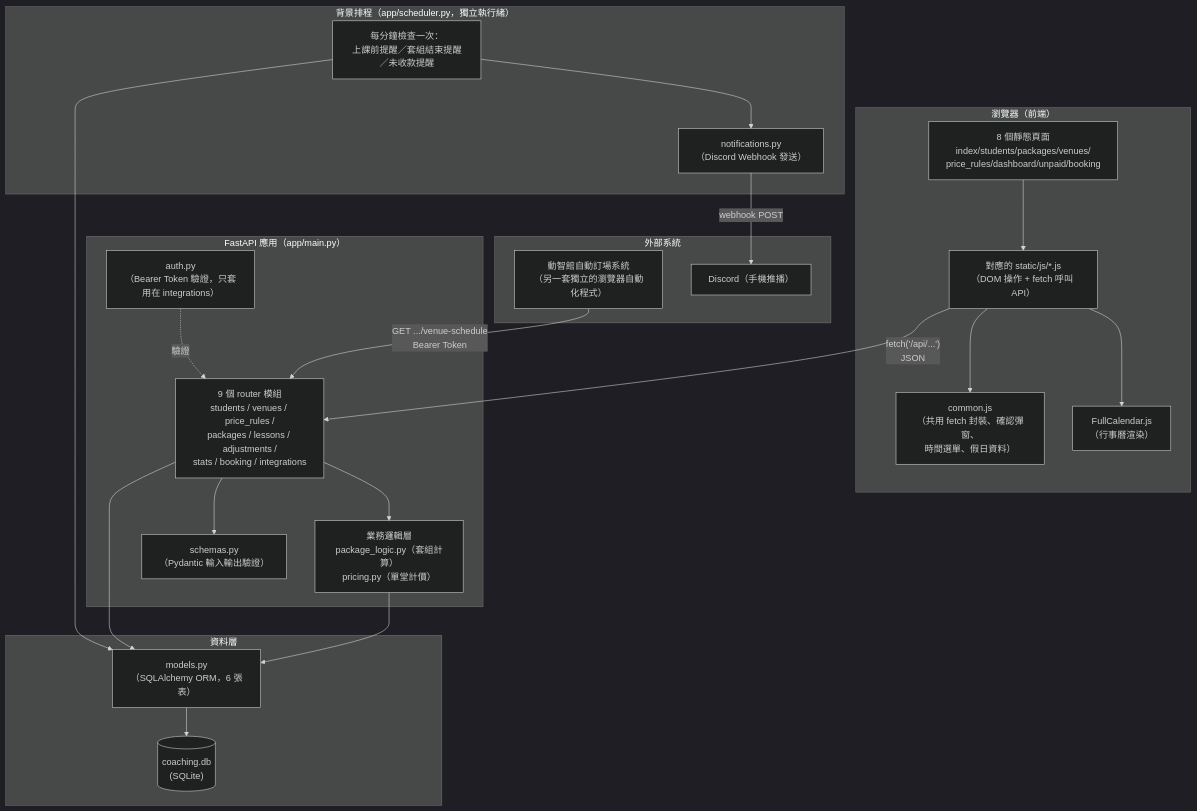
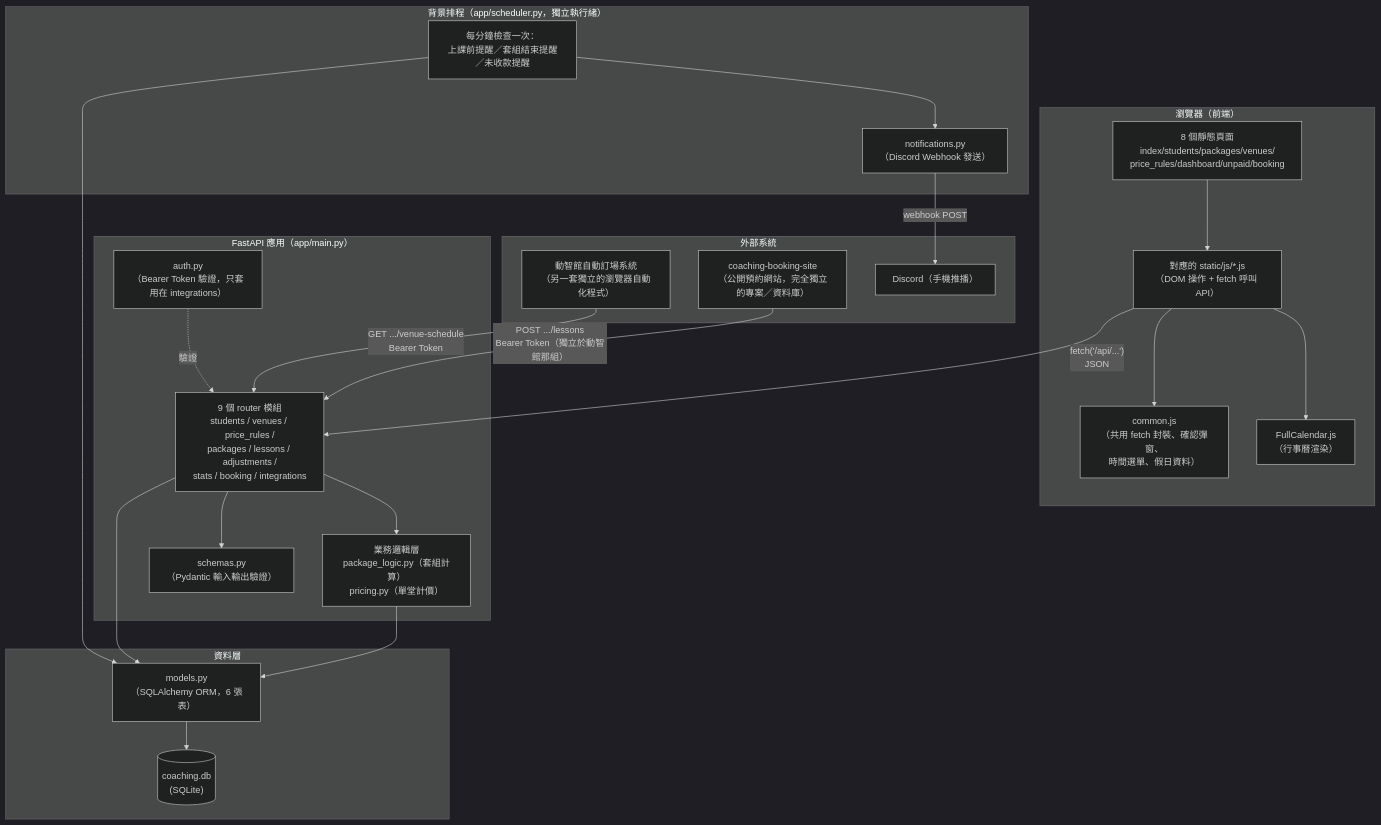
One commit to cxinyuan913-svg/coaching-record-tool changed the first of 3 diagrams in ARCHITECTURE.md. Above: the diagram before and after it, drawn with Mermaid (dark theme). The commit also changed other lines of this file and 10 other files, not shown here.

First line of the commit message:
新增給公開預約網站用的整合端點 POST /api/integrations/lessons

````diff
--- a/ARCHITECTURE.md
+++ b/ARCHITECTURE.md
@@ -28,46 +28,48 @@
 ```mermaid
 flowchart TD
     subgraph Browser["瀏覽器（前端）"]
         HTML["8 個靜態頁面<br/>index/students/packages/venues/<br/>price_rules/dashboard/unpaid/booking"]
         JS["對應的 static/js/*.js<br/>（DOM 操作 + fetch 呼叫 API）"]
         FC["FullCalendar.js<br/>（行事曆渲染）"]
         Common["common.js<br/>（共用 fetch 封裝、確認彈窗、<br/>時間選單、假日資料）"]
         HTML --> JS
         JS --> FC
         JS --> Common
     end
 
     subgraph API["FastAPI 應用（app/main.py）"]
         Routers["9 個 router 模組<br/>students / venues / price_rules /<br/>packages / lessons / adjustments /<br/>stats / booking / integrations"]
         Auth["auth.py<br/>（Bearer Token 驗證，只套用在 integrations）"]
         Logic["業務邏輯層<br/>package_logic.py（套組計算）<br/>pricing.py（單堂計價）"]
         Schemas["schemas.py<br/>（Pydantic 輸入輸出驗證）"]
         Routers --> Logic
         Routers --> Schemas
         Auth -.驗證.-> Routers
     end
 
     subgraph BG["背景排程（app/scheduler.py，獨立執行緒）"]
         Scheduler["每分鐘檢查一次：<br/>上課前提醒／套組結束提醒／未收款提醒"]
         Notify["notifications.py<br/>（Discord Webhook 發送）"]
         Scheduler --> Notify
     end
 
     subgraph DB["資料層"]
         ORM["models.py<br/>（SQLAlchemy ORM，6 張表）"]
         SQLite[("coaching.db<br/>(SQLite)")]
         ORM --> SQLite
     end
 
     subgraph External["外部系統"]
         BookingBot["動智館自動訂場系統<br/>（另一套獨立的瀏覽器自動化程式）"]
+        BookingSite["coaching-booking-site<br/>（公開預約網站，完全獨立的專案／資料庫）"]
         Discord["Discord（手機推播）"]
     end
 
     JS -- "fetch('/api/...')<br/>JSON" --> Routers
     Logic --> ORM
     Routers --> ORM
     Scheduler --> ORM
     Notify -- "webhook POST" --> Discord
     BookingBot -- "GET .../venue-schedule<br/>Bearer Token" --> Routers
+    BookingSite -- "POST .../lessons<br/>Bearer Token（獨立於動智館那組）" --> Routers
 ```
````
